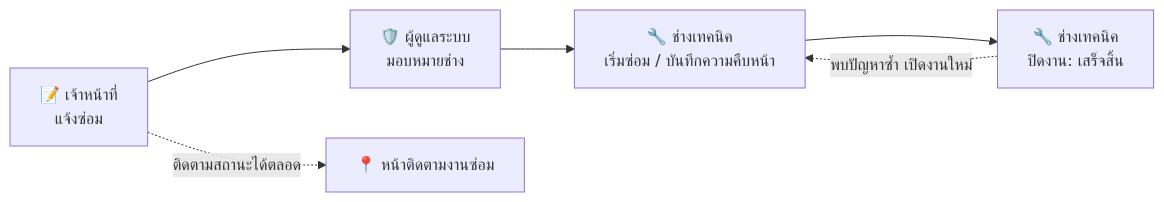
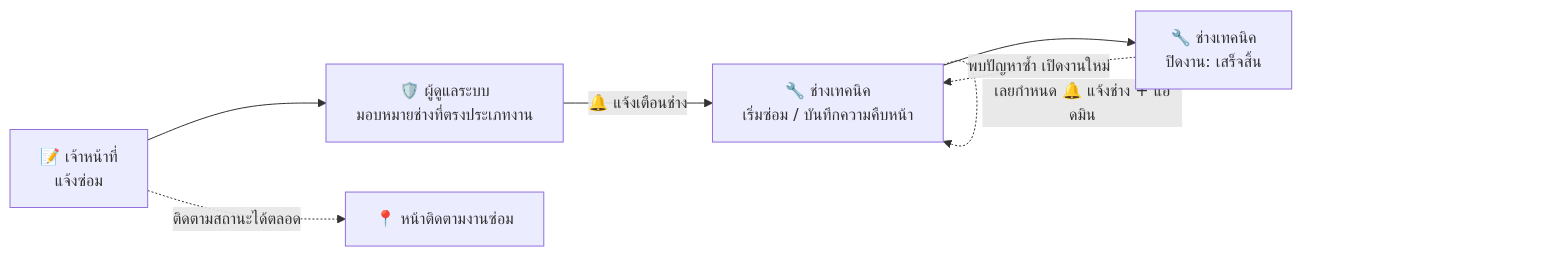
One commit to novterss/Repair-Center-Rangsit-University-RSU- changed the first of 2 diagrams in SYSTEM_DOCUMENTATION.md. Above: the diagram before and after it, drawn with Mermaid. The commit also changed other lines of this file and 11 other files, not shown here.

````diff
--- a/SYSTEM_DOCUMENTATION.md
+++ b/SYSTEM_DOCUMENTATION.md
@@ -61,8 +84,9 @@
 ```mermaid
 flowchart LR
-    A["📝 เจ้าหน้าที่<br/>แจ้งซ่อม"] --> B["🛡️ ผู้ดูแลระบบ<br/>มอบหมายช่าง"]
-    B --> C["🔧 ช่างเทคนิค<br/>เริ่มซ่อม / บันทึกความคืบหน้า"]
+    A["📝 เจ้าหน้าที่<br/>แจ้งซ่อม"] --> B["🛡️ ผู้ดูแลระบบ<br/>มอบหมายช่างที่ตรงประเภทงาน"]
+    B -- "🔔 แจ้งเตือนช่าง" --> C["🔧 ช่างเทคนิค<br/>เริ่มซ่อม / บันทึกความคืบหน้า"]
+    C -. "เลยกำหนด 🔔 แจ้งช่าง + แอดมิน" .-> C
     C --> D["🔧 ช่างเทคนิค<br/>ปิดงาน: เสร็จสิ้น"]
     D -. "พบปัญหาซ้ำ เปิดงานใหม่" .-> C
     A -. "ติดตามสถานะได้ตลอด" .-> T["📍 หน้าติดตามงานซ่อม"]
 ```
````
